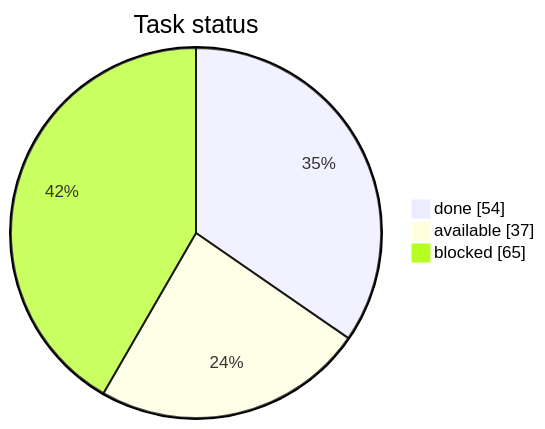
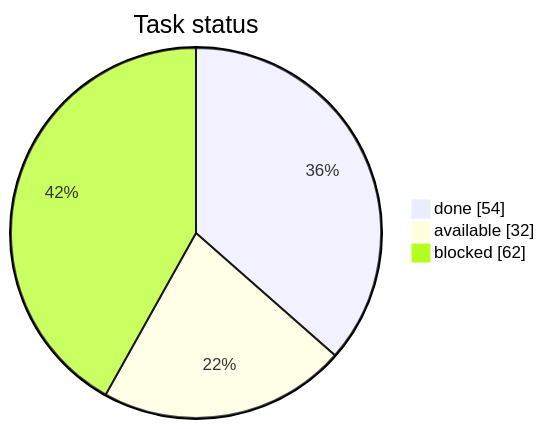
The first of 3 diagrams in STATUS.md (artemiiShabanov/RallyRivals), drawn with Mermaid before and after one commit. The commit also changed other lines of this file and 3 other files, not shown here.

````diff
--- a/STATUS.md
+++ b/STATUS.md
@@ -7,7 +7,7 @@
 ```mermaid
 pie showData
     title Task status
     "done" : 54
-    "available" : 37
-    "blocked" : 65
+    "available" : 32
+    "blocked" : 62
 ```
````
